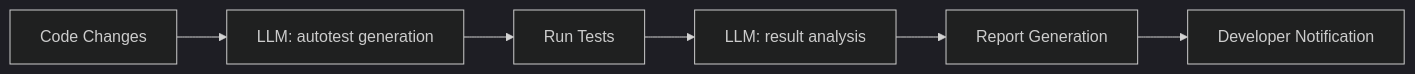
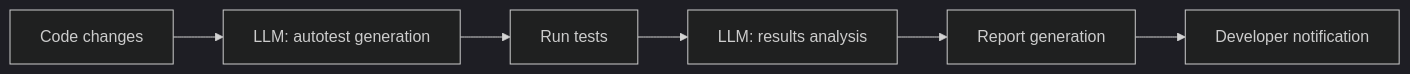
One commit to all-mute/learn-agents changed the fourth of 12 diagrams in cognitive-book/docs/junior/_workflows-examples-p2.mdx. Above: the diagram before and after it, drawn with Mermaid (dark theme). The commit also changed other lines of this file and 93 other files, not shown here.

````diff
--- a/cognitive-book/docs/junior/_workflows-examples-p2.mdx
+++ b/cognitive-book/docs/junior/_workflows-examples-p2.mdx
@@ -231,8 +231,8 @@
 ```mermaid
 flowchart LR
-    Code[Code Changes] --> TestGen[LLM: autotest generation]
-    TestGen --> Run[Run Tests]
-    Run --> Analyze[LLM: result analysis]
-    Analyze --> Report[Report Generation]
-    Report --> Notify[Developer Notification]
+    Code[Code changes] --> TestGen[LLM: autotest generation]
+    TestGen --> Run[Run tests]
+    Run --> Analyze[LLM: results analysis]
+    Analyze --> Report[Report generation]
+    Report --> Notify[Developer notification]
 ```
````
